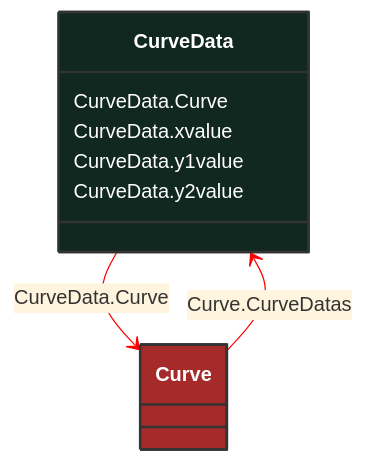
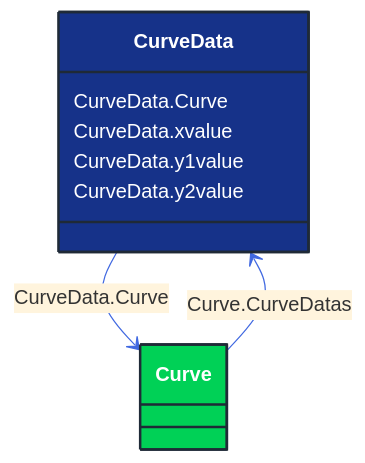
One commit to 3lbits/NoCIMExtensions changed the diagram in docs/Models/Profiles/CoreEquipment/ConcreteClasses/CurveData.md. Above: the diagram before and after it, drawn with Mermaid. The commit also changed 362 other files, not shown here.

First line of the commit message:
Update diagrams and styles for improved visual consistency

````diff
--- a/docs/Models/Profiles/CoreEquipment/ConcreteClasses/CurveData.md
+++ b/docs/Models/Profiles/CoreEquipment/ConcreteClasses/CurveData.md
@@ -8,25 +8,25 @@
 ```mermaid
-%%{init: {'theme':'base','themeVariables': {'lineColor': '#FF0000'}}}%%
+%%{init: {'theme':'base','themeVariables': {'lineColor': '#4169E1'}}}%%
 classDiagram
     class CurveData
     click CurveData href "/Models/Profiles/CoreEquipment/ConcreteClasses/CurveData/"
-    style CurveData fill:#102820,stroke:#333,stroke-width:2px,rx:10,ry:10,color:white
+    style CurveData fill:#163289,stroke:#1F2A37,stroke-width:2px,rx:10,ry:10,color:white
 
         CurveData --> Curve : CurveData.Curve
 
         Curve
             click Curve href "/Models/Profiles/CoreEquipment/AbstractClasses/Curve/"
-            style Curve fill:#A52A2A,stroke:#333,stroke-width:2px,rx:10,ry:10,color:white
+            style Curve fill:#00D156,stroke:#1F2A37,stroke-width:2px,rx:10,ry:10,color:white
 
         Curve --> CurveData : Curve.CurveDatas
 
         Curve
             click Curve href "/Models/Profiles/CoreEquipment/AbstractClasses/Curve/"
-            style Curve fill:#A52A2A,stroke:#333,stroke-width:2px,rx:10,ry:10,color:white
+            style Curve fill:#00D156,stroke:#1F2A37,stroke-width:2px,rx:10,ry:10,color:white
 
 
         CurveData : CurveData.Curve
         CurveData : CurveData.xvalue
         CurveData : CurveData.y1value
         CurveData : CurveData.y2value
 ```
````
